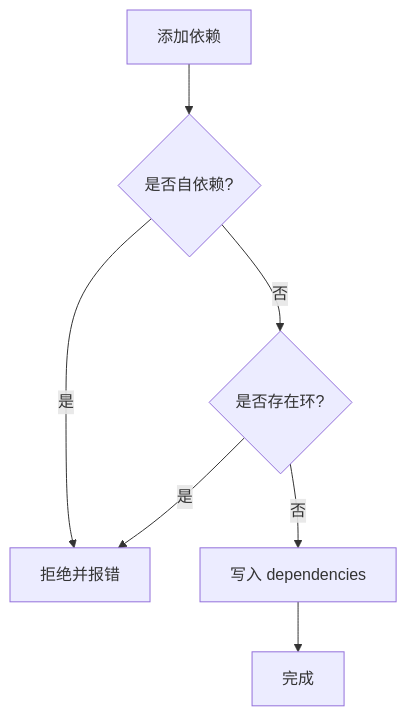
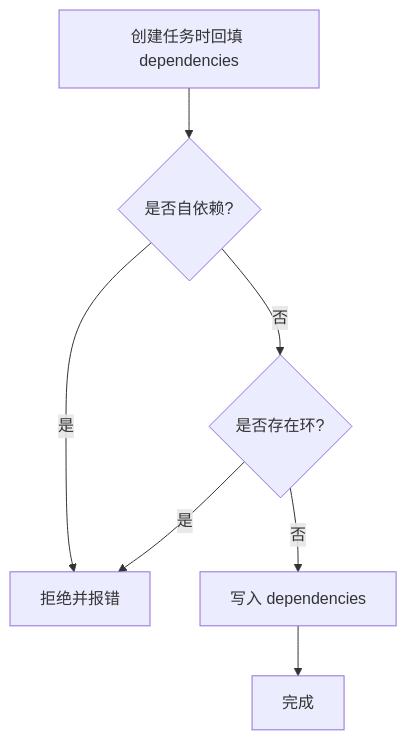
The seventh of 9 diagrams in docs/wiki/zh/content/核心模块/处理器层/Project模块处理器/任务处理器.md (runningcoders/ai_orz), drawn with Mermaid before and after one commit. The commit also changed other lines of this file and 2 other files, not shown here.

````diff
--- a/docs/wiki/zh/content/核心模块/处理器层/Project模块处理器/任务处理器.md
+++ b/docs/wiki/zh/content/核心模块/处理器层/Project模块处理器/任务处理器.md
@@ -273,9 +287,9 @@
 ```mermaid
 flowchart TD
-AddDep["添加依赖"] --> CheckSelf{"是否自依赖?"}
+AddDep["创建任务时回填 dependencies"] --> CheckSelf{"是否自依赖?"}
 CheckSelf --> |是| Reject["拒绝并报错"]
 CheckSelf --> |否| CheckCycle{"是否存在环?"}
 CheckCycle --> |是| Reject
 CheckCycle --> |否| Save["写入 dependencies"]
 Save --> Done["完成"]
 ```
````
